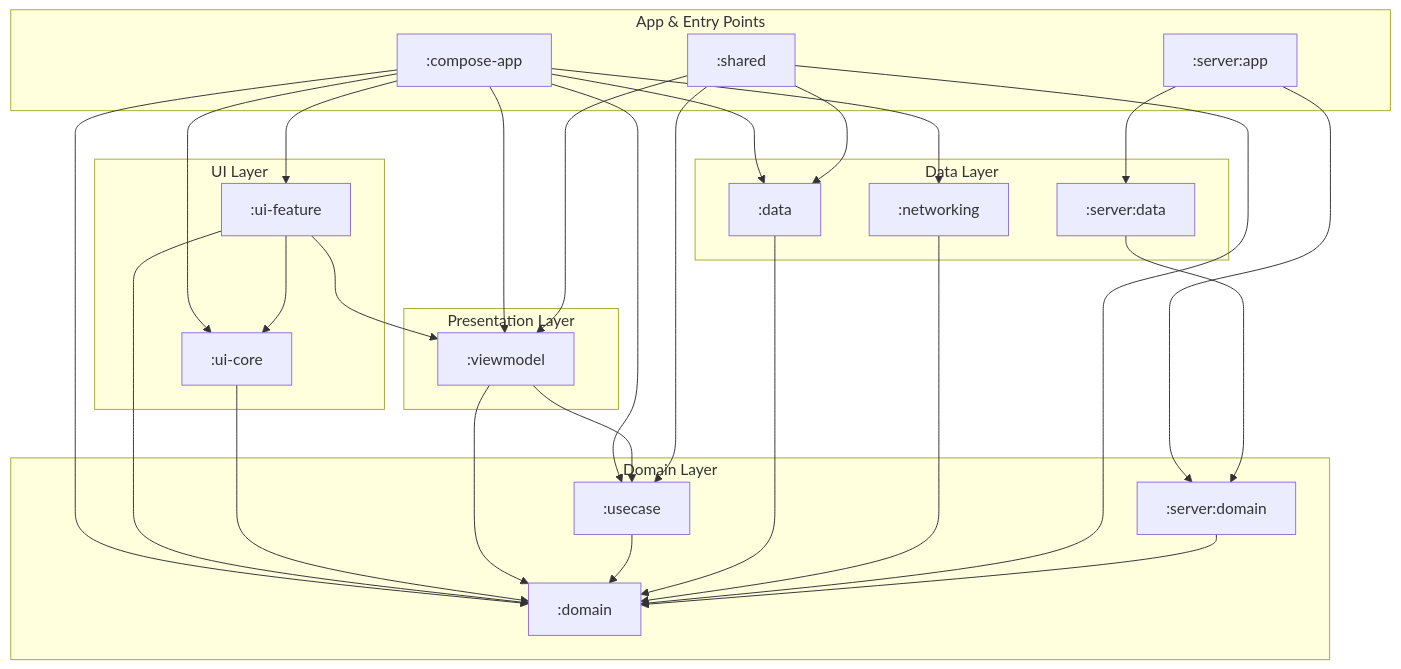
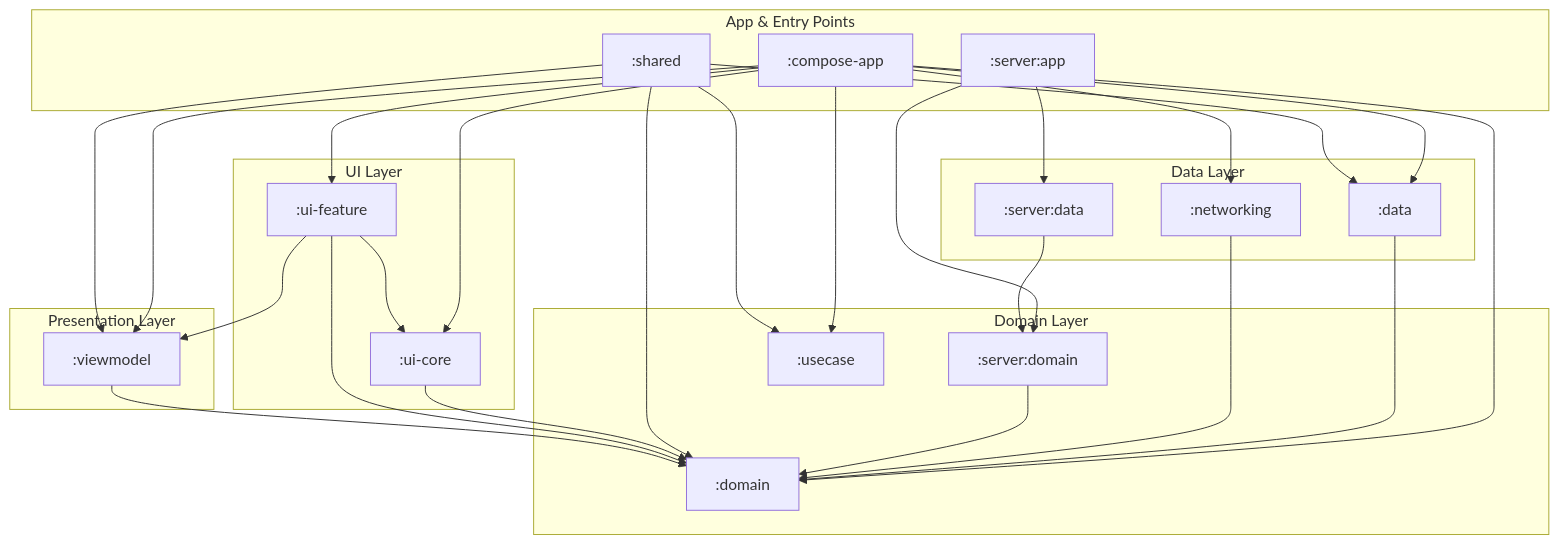
The diagram in ARCHITECTURE.md (cartland/battery-butler), drawn with Mermaid before and after one commit. The commit also changed 4 other files, not shown here.

````diff
--- a/ARCHITECTURE.md
+++ b/ARCHITECTURE.md
@@ -14,64 +14,53 @@
 ```mermaid
 graph TD
     subgraph "App & Entry Points"
         ComposeApp[":compose-app"]
+        ServerApp[":server:app"]
         Shared[":shared"]
-        ServerApp[":server:app"]
     end
 
     subgraph "UI Layer"
+        UICore[":ui-core"]
         UIFeature[":ui-feature"]
-        UICore[":ui-core"]
     end
 
     subgraph "Presentation Layer"
         ViewModel[":viewmodel"]
     end
 
     subgraph "Domain Layer"
-        UseCase[":usecase"]
         Domain[":domain"]
         ServerDomain[":server:domain"]
+        UseCase[":usecase"]
     end
 
     subgraph "Data Layer"
         Data[":data"]
         Networking[":networking"]
         ServerData[":server:data"]
     end
 
-    %% Client / Shared Dependencies
+    %% Dependencies
+    ComposeApp --> Data
+    ComposeApp --> Domain
+    ComposeApp --> Networking
+    ComposeApp --> UICore
     ComposeApp --> UIFeature
-    ComposeApp --> UICore
+    ComposeApp --> UseCase
     ComposeApp --> ViewModel
-    ComposeApp --> UseCase
-    ComposeApp --> Data
-    ComposeApp --> Networking
-    ComposeApp --> Domain
-
-    UIFeature --> ViewModel
-    UIFeature --> UICore
-    UIFeature --> Domain
-
-    UICore --> Domain
-
-    ViewModel --> UseCase
-    ViewModel --> Domain
-
-    UseCase --> Domain
-
     Data --> Domain
     Networking --> Domain
-
-    Shared --> ViewModel
-    Shared --> UseCase
+    ServerApp --> ServerData
+    ServerApp --> ServerDomain
+    ServerData --> ServerDomain
+    ServerDomain --> Domain
     Shared --> Data
     Shared --> Domain
-
-    %% Server Dependencies
-    ServerApp --> ServerDomain
-    ServerApp --> ServerData
-    
-    ServerData --> ServerDomain
-    ServerDomain --> Domain
+    Shared --> UseCase
+    Shared --> ViewModel
+    UICore --> Domain
+    UIFeature --> Domain
+    UIFeature --> UICore
+    UIFeature --> ViewModel
+    ViewModel --> Domain
 ```
````
